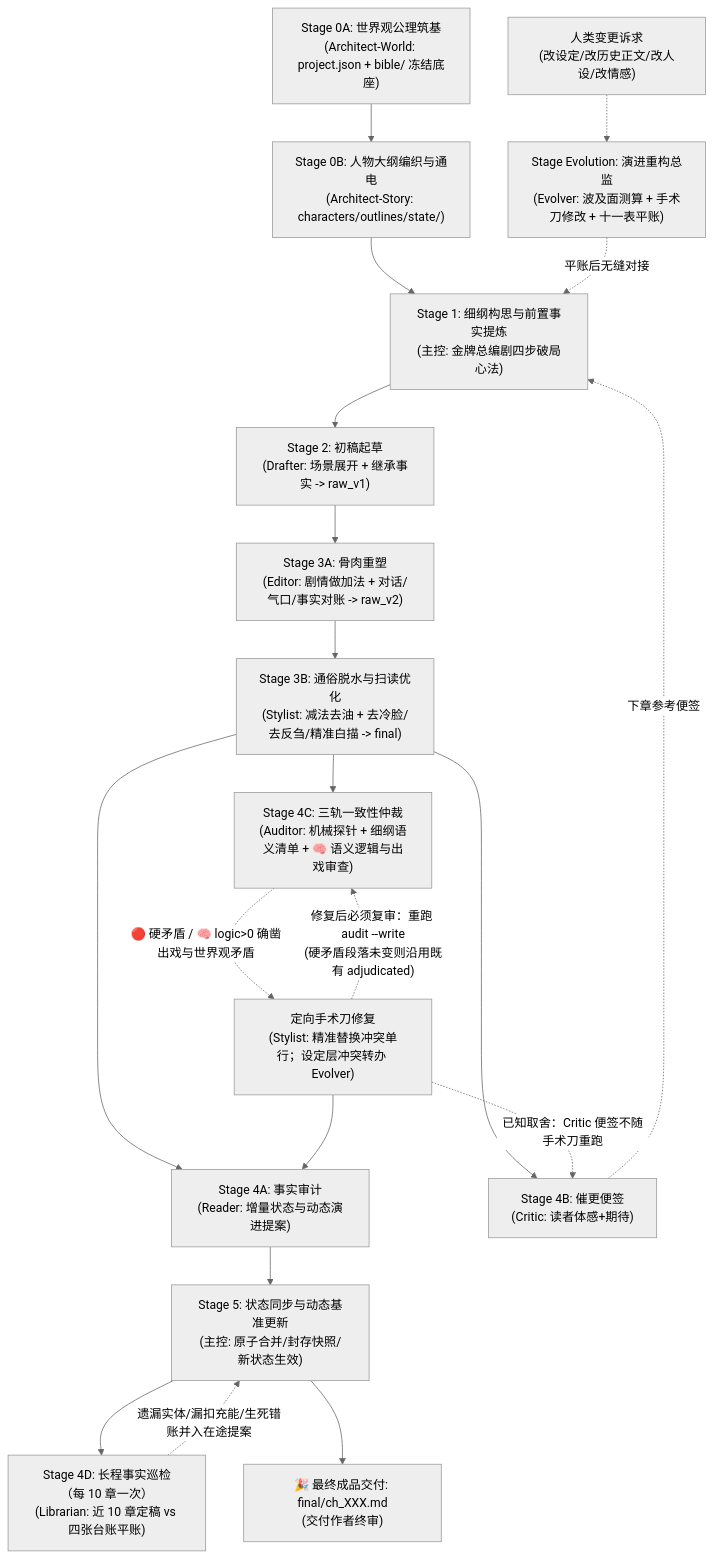
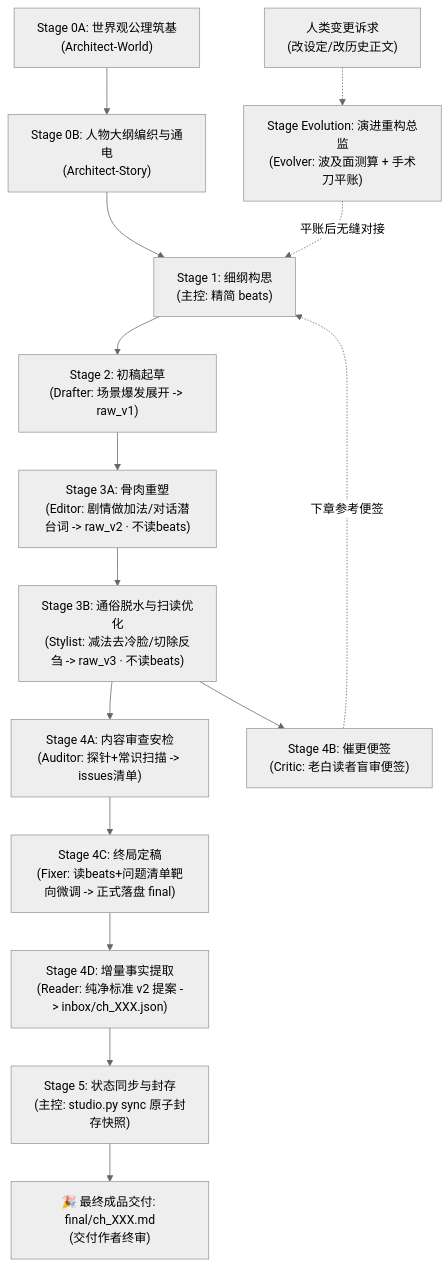
Before and after one commit to cg110902/NOVEL: the diagram in AGENTS.md, drawn with Mermaid (neutral theme). The commit also changed other lines of this file and 24 other files, not shown here.

````diff
--- a/AGENTS.md
+++ b/AGENTS.md
@@ -76,23 +72,18 @@
 ```mermaid
 graph TD
-    S0A["Stage 0A: 世界观公理筑基<br/>(Architect-World: project.json + bible/ 冻结底座)"] --> S0B["Stage 0B: 人物大纲编织与通电<br/>(Architect-Story: characters/outlines/state/)"]
-    S0B --> S1["Stage 1: 细纲构思与前置事实提炼<br/>(主控: 金牌总编剧四步破局心法)"]
-    S1 --> S2["Stage 2: 初稿起草<br/>(Drafter: 场景展开 + 继承事实 -> raw_v1)"]
-    S2 --> S3A["Stage 3A: 骨肉重塑<br/>(Editor: 剧情做加法 + 对话/气口/事实对账 -> raw_v2)"]
-    S3A --> S3B["Stage 3B: 通俗脱水与扫读优化<br/>(Stylist: 减法去油 + 去冷脸/去反刍/精准白描 -> final)"]
-    S3B --> S4A["Stage 4A: 事实审计<br/>(Reader: 增量状态与动态演进提案)"]
-    S3B --> S4B["Stage 4B: 催更便签<br/>(Critic: 读者体感+期待)"]
-    S3B --> S4C["Stage 4C: 三轨一致性仲裁<br/>(Auditor: 机械探针 + 细纲语义清单 + 🧠 语义逻辑与出戏审查)"]
-    S4C -. "🔴 硬矛盾 / 🧠 logic>0 确凿出戏与世界观矛盾" .-> S4Patch["定向手术刀修复<br/>(Stylist: 精准替换冲突单行；设定层冲突转办 Evolver)"]
-    S4Patch -. "修复后必须复审：重跑 audit --write<br/>(硬矛盾段落未变则沿用既有 adjudicated)" .-> S4C
-    S4Patch --> S4A
-    S4A --> S5["Stage 5: 状态同步与动态基准更新<br/>(主控: 原子合并/封存快照/新状态生效)"]
-    S5 --> S4D["Stage 4D: 长程事实巡检（每 10 章一次）<br/>(Librarian: 近 10 章定稿 vs 四张台账平账)"]
-    S4D -. "遗漏实体/漏扣充能/生死错账并入在途提案" .-> S5
-    S4Patch -. "已知取舍：Critic 便签不随手术刀重跑" .-> S4B
+    S0A["Stage 0A: 世界观公理筑基<br/>(Architect-World)"] --> S0B["Stage 0B: 人物大纲编织与通电<br/>(Architect-Story)"]
+    S0B --> S1["Stage 1: 细纲构思<br/>(主控: 精简 beats)"]
+    S1 --> S2["Stage 2: 初稿起草<br/>(Drafter: 场景爆发展开 -> raw_v1)"]
+    S2 --> S3A["Stage 3A: 骨肉重塑<br/>(Editor: 剧情做加法/对话潜台词 -> raw_v2 · 不读beats)"]
+    S3A --> S3B["Stage 3B: 通俗脱水与扫读优化<br/>(Stylist: 减法去冷脸/切除反刍 -> raw_v3 · 不读beats)"]
+    S3B --> S4A["Stage 4A: 内容审查安检<br/>(Auditor: 探针+常识扫描 -> issues清单)"]
+    S3B --> S4B["Stage 4B: 催更便签<br/>(Critic: 老白读者盲审便签)"]
+    S4A --> S4C["Stage 4C: 终局定稿<br/>(Fixer: 读beats+问题清单靶向微调 -> 正式落盘 final)"]
+    S4C --> S4D["Stage 4D: 增量事实提取<br/>(Reader: 纯净标准 v2 提案 -> inbox/ch_XXX.json)"]
+    S4D --> S5["Stage 5: 状态同步与封存<br/>(主控: studio.py sync 原子封存快照)"]
+    S5 --> S6["🎉 最终成品交付: final/ch_XXX.md<br/>(交付作者终审)"]
     S4B -. "下章参考便签" .-> S1
-    S5 --> S6["🎉 最终成品交付: final/ch_XXX.md<br/>(交付作者终审)"]
 
-    UserChange["人类变更诉求<br/>(改设定/改历史正文/改人设/改情感)"] -.-> SEvolution["Stage Evolution: 演进重构总监<br/>(Evolver: 波及面测算 + 手术刀修改 + 十一表平账)"]
+    UserChange["人类变更诉求<br/>(改设定/改历史正文)"] -.-> SEvolution["Stage Evolution: 演进重构总监<br/>(Evolver: 波及面测算 + 手术刀平账)"]
     SEvolution -. "平账后无缝对接" .-> S1
 ```
````
